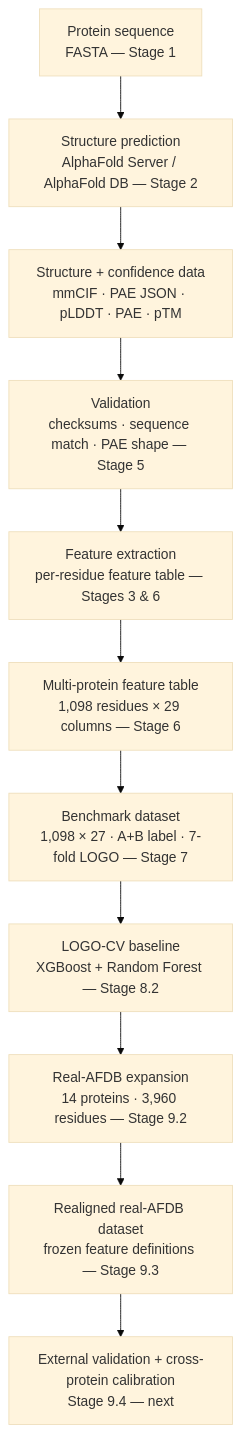
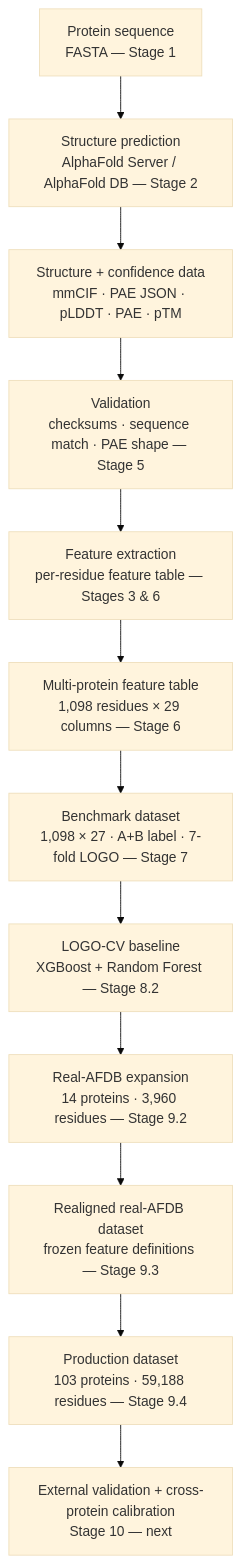
Before and after one commit to kelvinchandradjayapranata-hue/ai-biotech: the diagram in README.md, drawn with Mermaid (base theme). The commit also changed other lines of this file and 2 other files, not shown here.

First line of the commit message:
docs: record audited Stage 9.4 full production dataset (103 proteins) and ML baseline metrics

````diff
--- a/README.md
+++ b/README.md
@@ -142,13 +164,14 @@
 ```mermaid
 flowchart TD
     A["Protein sequence<br/>FASTA — Stage 1"] --> B["Structure prediction<br/>AlphaFold Server / AlphaFold DB — Stage 2"]
     B --> C["Structure + confidence data<br/>mmCIF · PAE JSON · pLDDT · PAE · pTM"]
     C --> D["Validation<br/>checksums · sequence match · PAE shape — Stage 5"]
     D --> E["Feature extraction<br/>per-residue feature table — Stages 3 & 6"]
     E --> F["Multi-protein feature table<br/>1,098 residues × 29 columns — Stage 6"]
     F --> G["Benchmark dataset<br/>1,098 × 27 · A+B label · 7-fold LOGO — Stage 7"]
     G --> H["LOGO-CV baseline<br/>XGBoost + Random Forest — Stage 8.2"]
     H --> I["Real-AFDB expansion<br/>14 proteins · 3,960 residues — Stage 9.2"]
     I --> J["Realigned real-AFDB dataset<br/>frozen feature definitions — Stage 9.3"]
-    J --> K["External validation + cross-protein calibration<br/>Stage 9.4 — next"]
+    J --> K["Production dataset<br/>103 proteins · 59,188 residues — Stage 9.4"]
+    K --> L["External validation + cross-protein calibration<br/>Stage 10 — next"]
 ```
````
